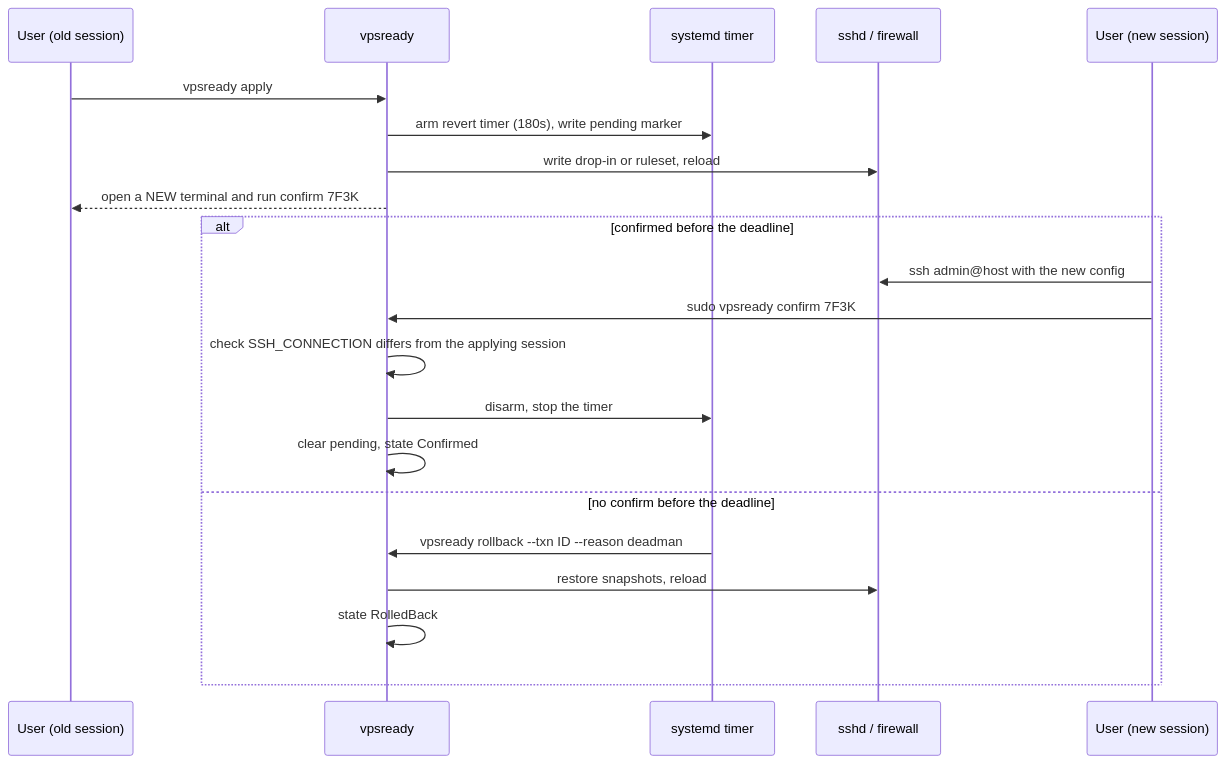
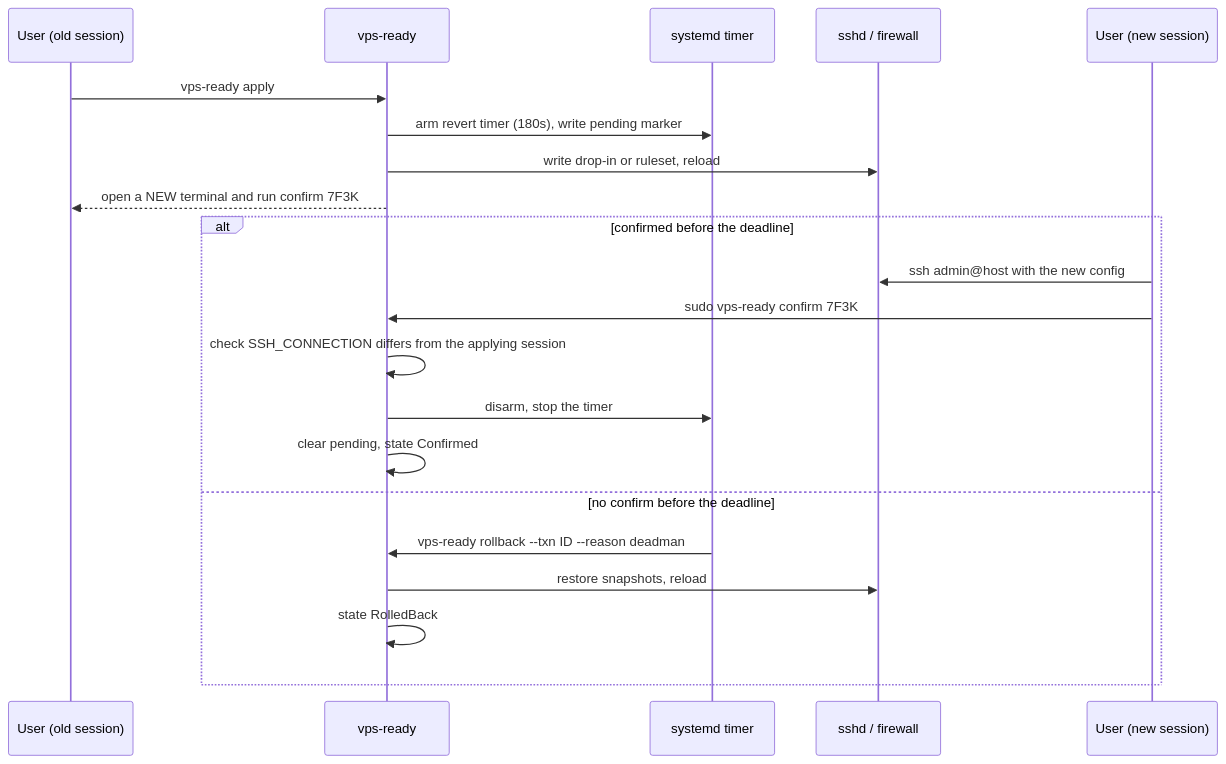
One commit to bhimrazy/vps-ready changed the third of 3 diagrams in docs/architecture.md. Above: the diagram before and after it, drawn with Mermaid. The commit also changed other lines of this file and 97 other files, not shown here.

First line of the commit message:
refactor: rename to vps-ready and add the vpsready alias crate

````diff
--- a/docs/architecture.md
+++ b/docs/architecture.md
@@ -206,23 +206,23 @@
 ```mermaid
 sequenceDiagram
   participant Old as User (old session)
-  participant V as vpsready
+  participant V as vps-ready
   participant T as systemd timer
   participant S as sshd / firewall
   participant New as User (new session)
-  Old->>V: vpsready apply
+  Old->>V: vps-ready apply
   V->>T: arm revert timer (180s), write pending marker
   V->>S: write drop-in or ruleset, reload
   V-->>Old: open a NEW terminal and run confirm 7F3K
   alt confirmed before the deadline
     New->>S: ssh admin@host with the new config
-    New->>V: sudo vpsready confirm 7F3K
+    New->>V: sudo vps-ready confirm 7F3K
     V->>V: check SSH_CONNECTION differs from the applying session
     V->>T: disarm, stop the timer
     V->>V: clear pending, state Confirmed
   else no confirm before the deadline
-    T->>V: vpsready rollback --txn ID --reason deadman
+    T->>V: vps-ready rollback --txn ID --reason deadman
     V->>S: restore snapshots, reload
     V->>V: state RolledBack
   end
 ```
````
